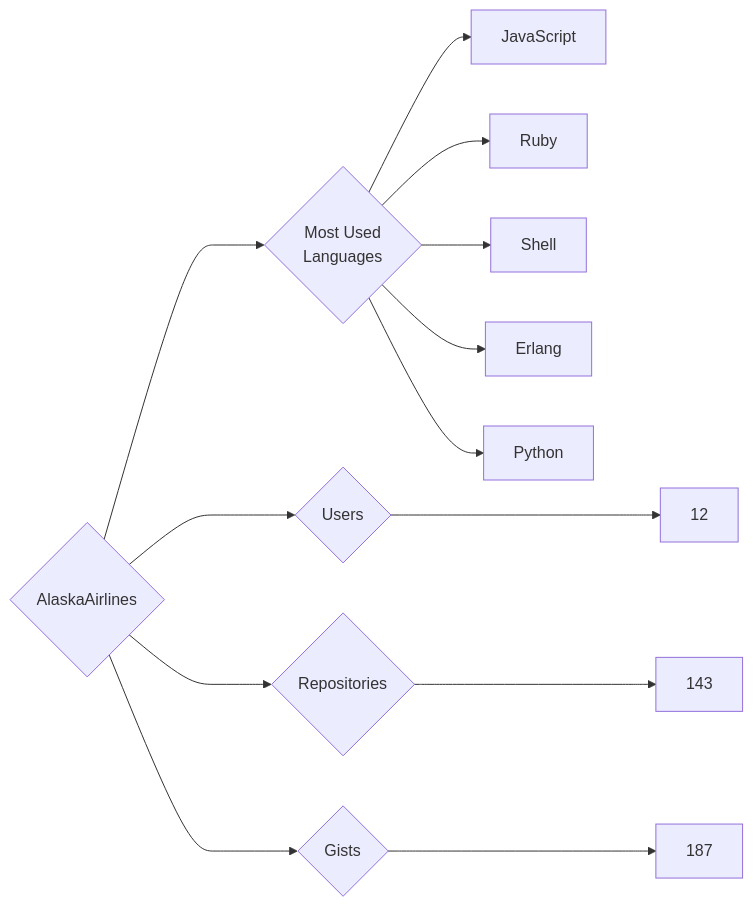
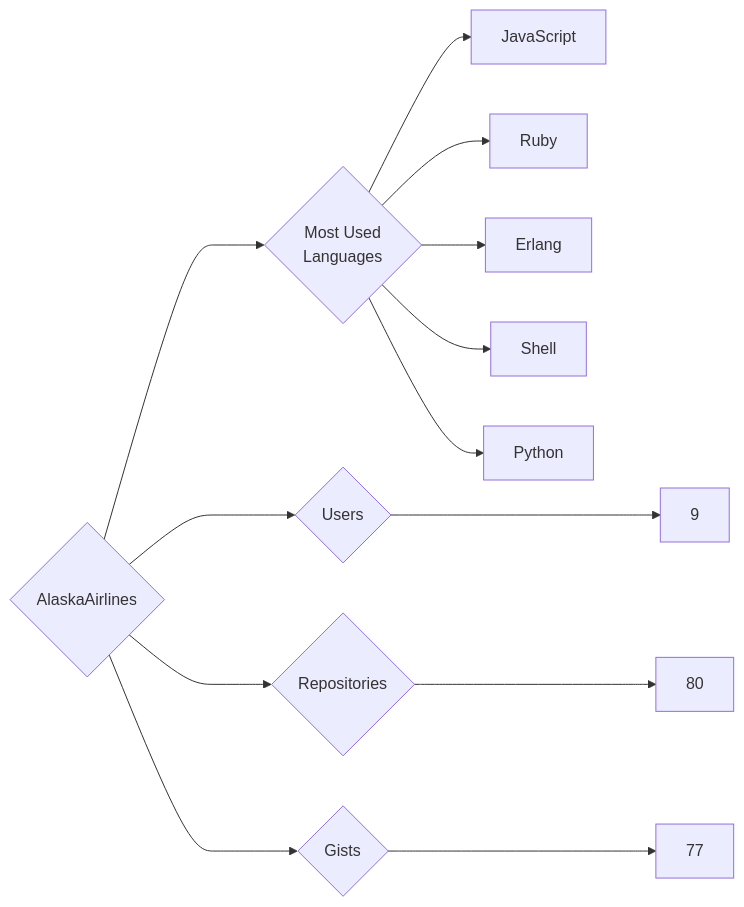
The diagram in targets/AlaskaAirlines/README.md (trickest/insiders), drawn with Mermaid before and after one commit. The commit also changed 1120 other files, not shown here.

````diff
--- a/targets/AlaskaAirlines/README.md
+++ b/targets/AlaskaAirlines/README.md
@@ -3,13 +3,13 @@
 ```mermaid
 graph LR
 COMPANY_NAME{AlaskaAirlines}
-COMPANY_NAME ---> U{Users} ---> UN[12]
-COMPANY_NAME ---> R{Repositories} ---> RN[143]
-COMPANY_NAME ---> G{Gists} ---> GN[187]
+COMPANY_NAME ---> U{Users} ---> UN[9]
+COMPANY_NAME ---> R{Repositories} ---> RN[80]
+COMPANY_NAME ---> G{Gists} ---> GN[77]
 COMPANY_NAME ---> ML{Most Used<br>Languages}
 ML --> JavaScript[JavaScript]
 ML --> Ruby[Ruby]
+ML --> Erlang[Erlang]
 ML --> Shell[Shell]
-ML --> Erlang[Erlang]
 ML --> Python[Python]
 ```
````
